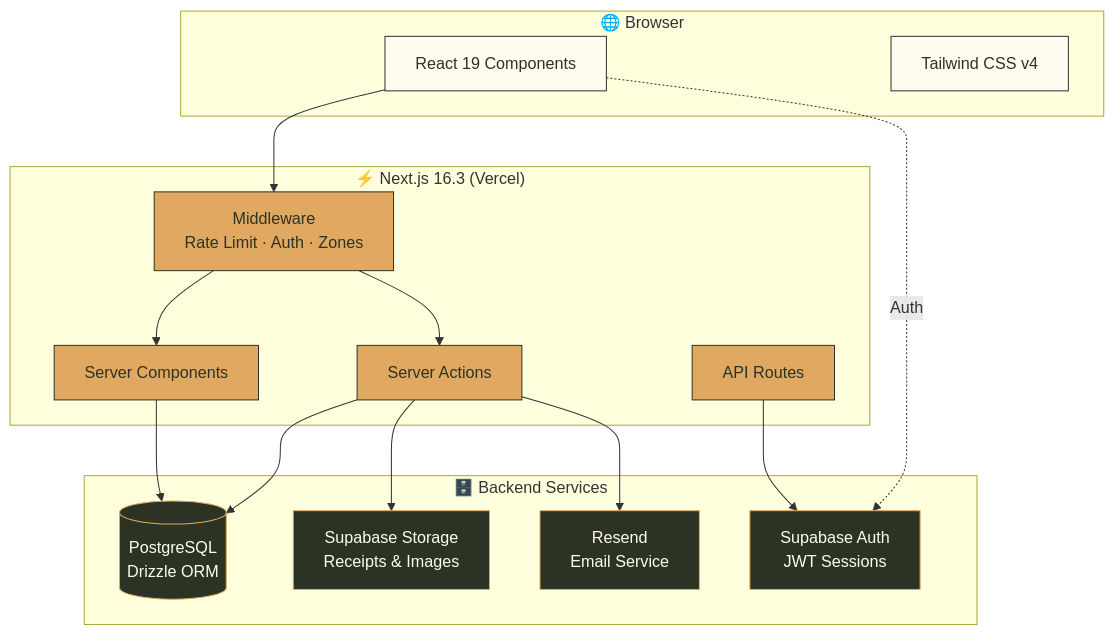
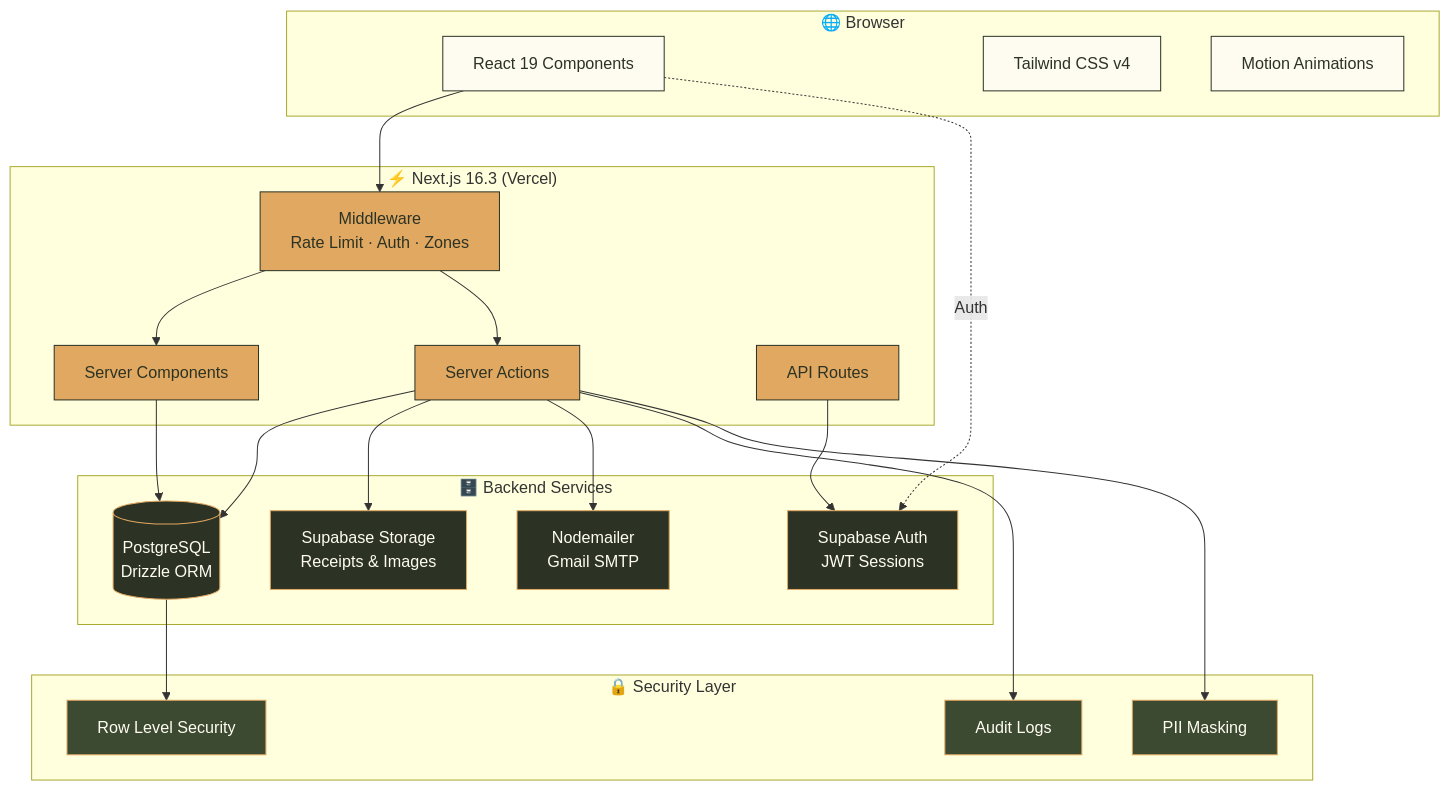
Before and after one commit to yurizz-crypto/pcyc-space: the first of 2 diagrams in README.md, drawn with Mermaid. The commit also changed other lines of this file, not shown here.

Commit message:
docs: update README with new features, security enhancements, and stack upgrades

````diff
--- a/README.md
+++ b/README.md
@@ -296,39 +359,51 @@
 ```mermaid
 graph TB
     subgraph Client["🌐 Browser"]
         UI[React 19 Components]
         TW[Tailwind CSS v4]
+        MO[Motion Animations]
     end
 
     subgraph NextJS["⚡ Next.js 16.3 (Vercel)"]
         MW[Middleware<br/>Rate Limit · Auth · Zones]
         SC[Server Components]
         SA[Server Actions]
         API[API Routes]
     end
 
     subgraph Backend["🗄️ Backend Services"]
         SB_AUTH[Supabase Auth<br/>JWT Sessions]
         SB_STORAGE[Supabase Storage<br/>Receipts & Images]
         DB[(PostgreSQL<br/>Drizzle ORM)]
-        RESEND[Resend<br/>Email Service]
+        SMTP[Nodemailer<br/>Gmail SMTP]
+    end
+
+    subgraph Security["🔒 Security Layer"]
+        AUDIT[Audit Logs]
+        PII[PII Masking]
+        RLS[Row Level Security]
     end
 
     UI --> MW
     MW --> SC
     MW --> SA
     SC --> DB
     SA --> DB
     SA --> SB_STORAGE
-    SA --> RESEND
+    SA --> SMTP
+    SA --> AUDIT
     API --> SB_AUTH
     UI -.->|Auth| SB_AUTH
+    DB --> RLS
+    SA --> PII
 
     classDef client fill:#fefcf1,stroke:#2c3324,color:#2c3324
     classDef server fill:#e0a861,stroke:#2c3324,color:#2c3324
     classDef backend fill:#2c3324,stroke:#e0a861,color:#fefcf1
+    classDef security fill:#3d4a32,stroke:#e0a861,color:#fefcf1
 
-    class UI,TW client
+    class UI,TW,MO client
     class MW,SC,SA,API server
-    class SB_AUTH,SB_STORAGE,DB,RESEND backend
+    class SB_AUTH,SB_STORAGE,DB,SMTP backend
+    class AUDIT,PII,RLS security
 ```
````
